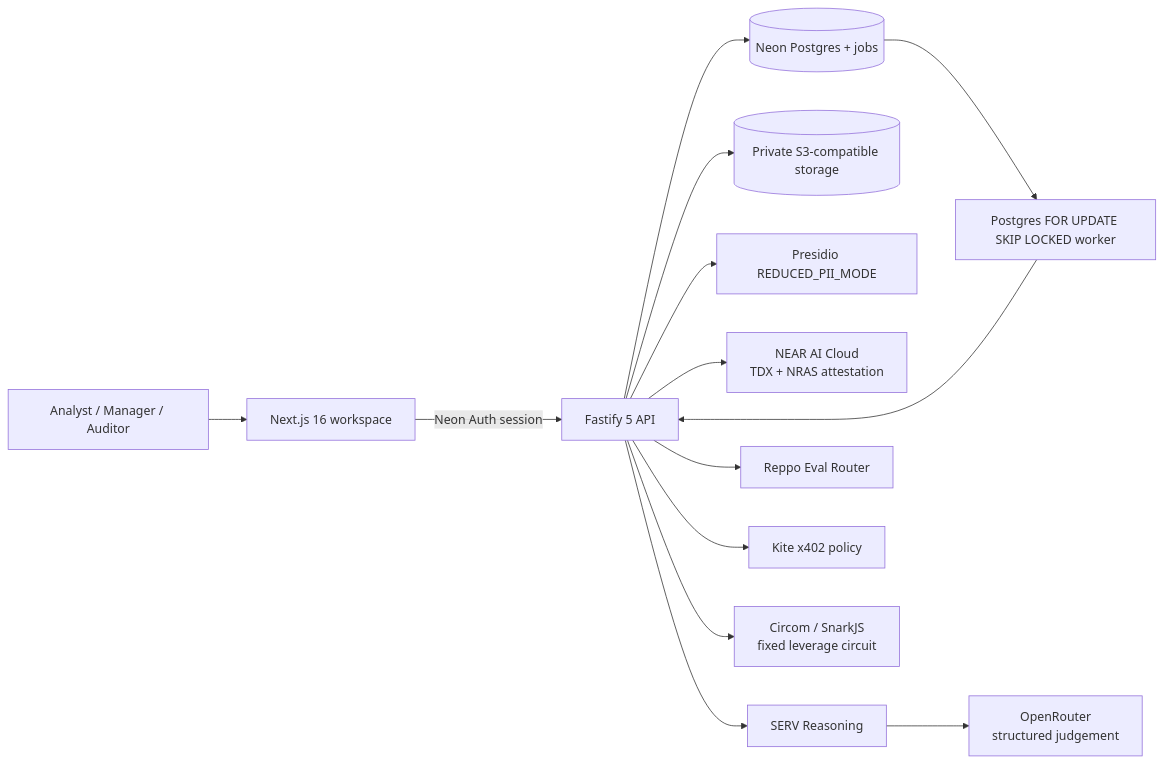
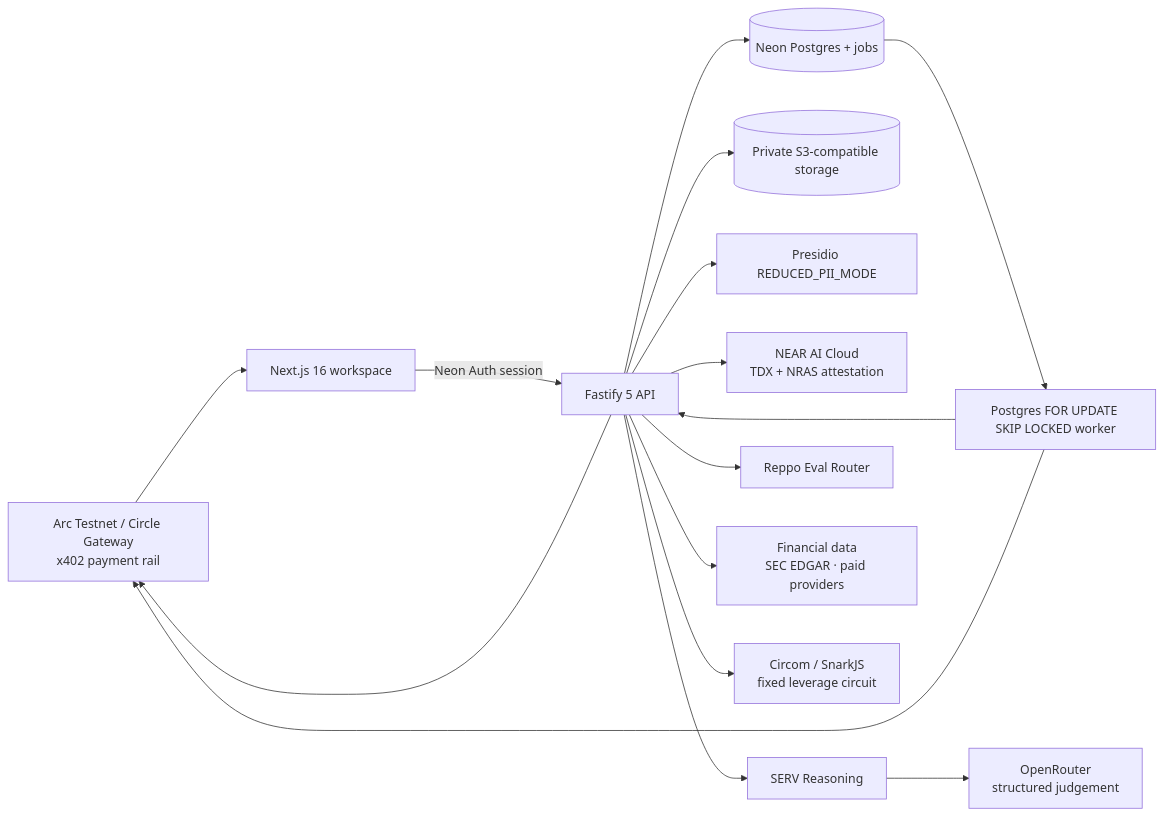
The diagram in README.md (onyebuchidaniel60/Assay), drawn with Mermaid before and after one commit. The commit also changed other lines of this file and 98 other files, not shown here.

Commit message:
feat: replace Kite with Arc Circle Gateway and external financial evidence

````diff
--- a/README.md
+++ b/README.md
@@ -59,16 +60,18 @@
 ```mermaid
 flowchart LR
   A[Analyst / Manager / Auditor] --> W[Next.js 16 workspace]
   W -->|Neon Auth session| API[Fastify 5 API]
   API --> DB[(Neon Postgres + jobs)]
   API --> S3[(Private S3-compatible storage)]
   API --> P[Presidio REDUCED_PII_MODE]
   API --> N[NEAR AI Cloud\nTDX + NRAS attestation]
   API --> S[SERV Reasoning]
   S --> O[OpenRouter\nstructured judgement]
   API --> R[Reppo Eval Router]
-  API --> K[Kite x402 policy]
+  API --> F[Financial data\nSEC EDGAR · paid providers]
+  API --> A[Arc Testnet / Circle Gateway\nx402 payment rail]
   API --> Z[Circom / SnarkJS\nfixed leverage circuit]
   DB --> J[Postgres FOR UPDATE SKIP LOCKED worker]
   J --> API
+  J --> A
 ```
````
